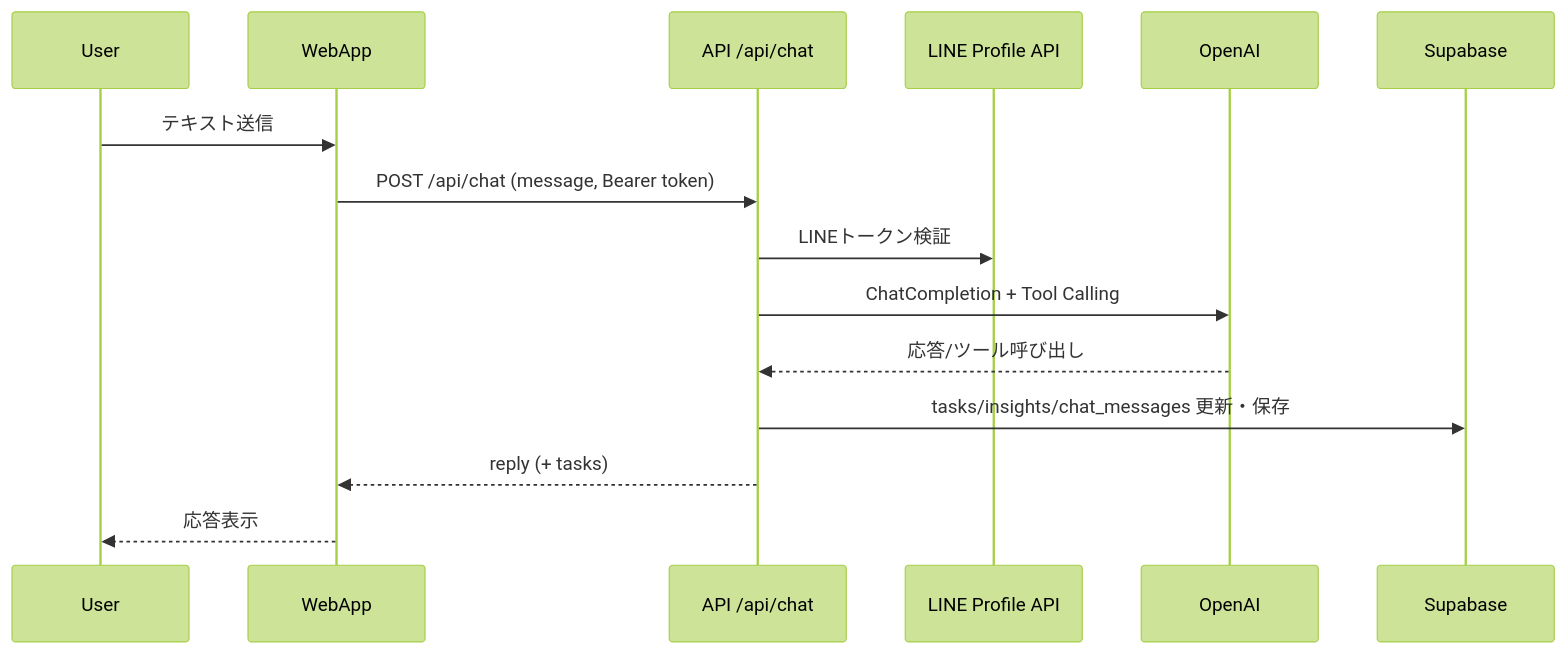
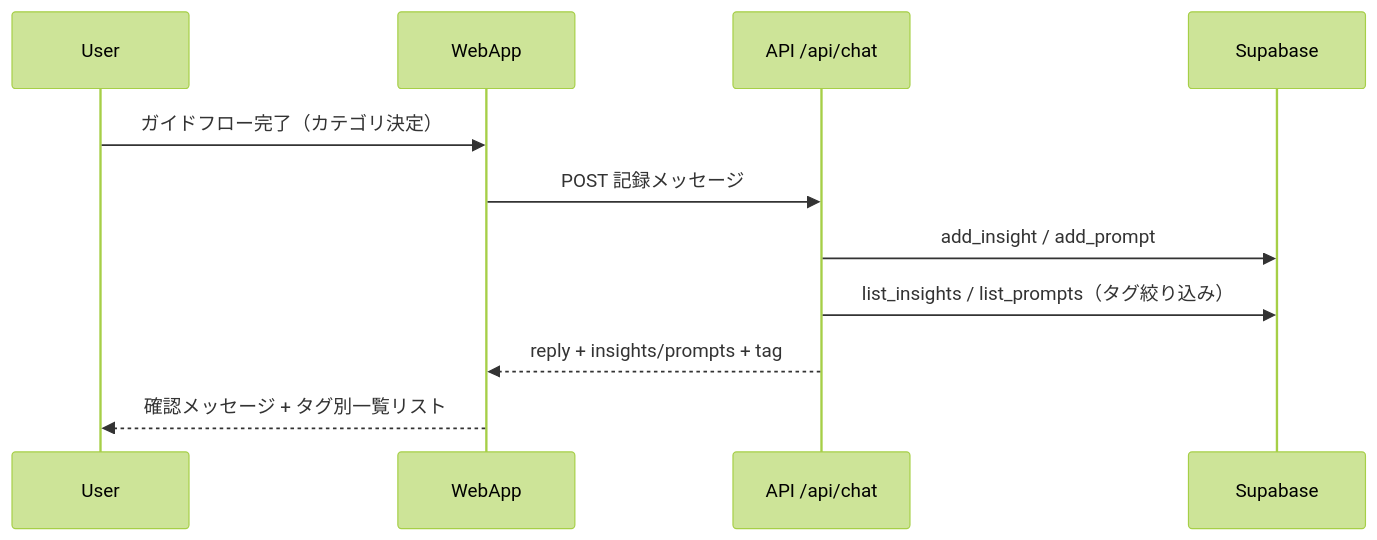
One commit to KANIKANIMAN1234/braindump changed the diagram in 仕様書.md. Above: the diagram before and after it, drawn with Mermaid (forest theme). The commit also changed other lines of this file and 12 other files, not shown here.

````diff
--- a/仕様書.md
+++ b/仕様書.md
@@ -237,18 +146,14 @@
 ```mermaid
 sequenceDiagram
   participant U as User
   participant W as WebApp
   participant C as API /api/chat
-  participant L as LINE Profile API
-  participant O as OpenAI
   participant S as Supabase
 
-  U->>W: テキスト送信
-  W->>C: POST /api/chat (message, Bearer token)
-  C->>L: LINEトークン検証
-  C->>O: ChatCompletion + Tool Calling
-  O-->>C: 応答/ツール呼び出し
-  C->>S: tasks/insights/chat_messages 更新・保存
-  C-->>W: reply (+ tasks)
-  W-->>U: 応答表示
+  U->>W: ガイドフロー完了（カテゴリ決定）
+  W->>C: POST 記録メッセージ
+  C->>S: add_insight / add_prompt
+  C->>S: list_insights / list_prompts（タグ絞り込み）
+  C-->>W: reply + insights/prompts + tag
+  W-->>U: 確認メッセージ + タグ別一覧リスト
 ```
````
